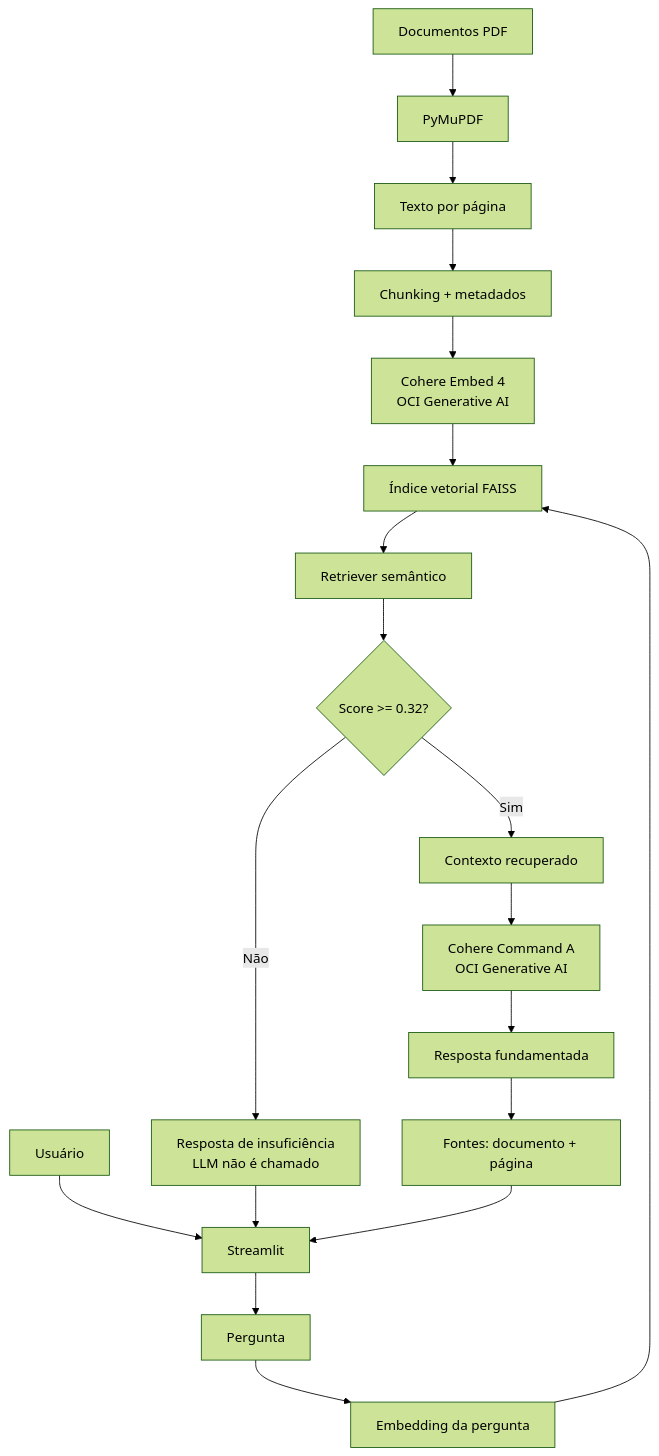
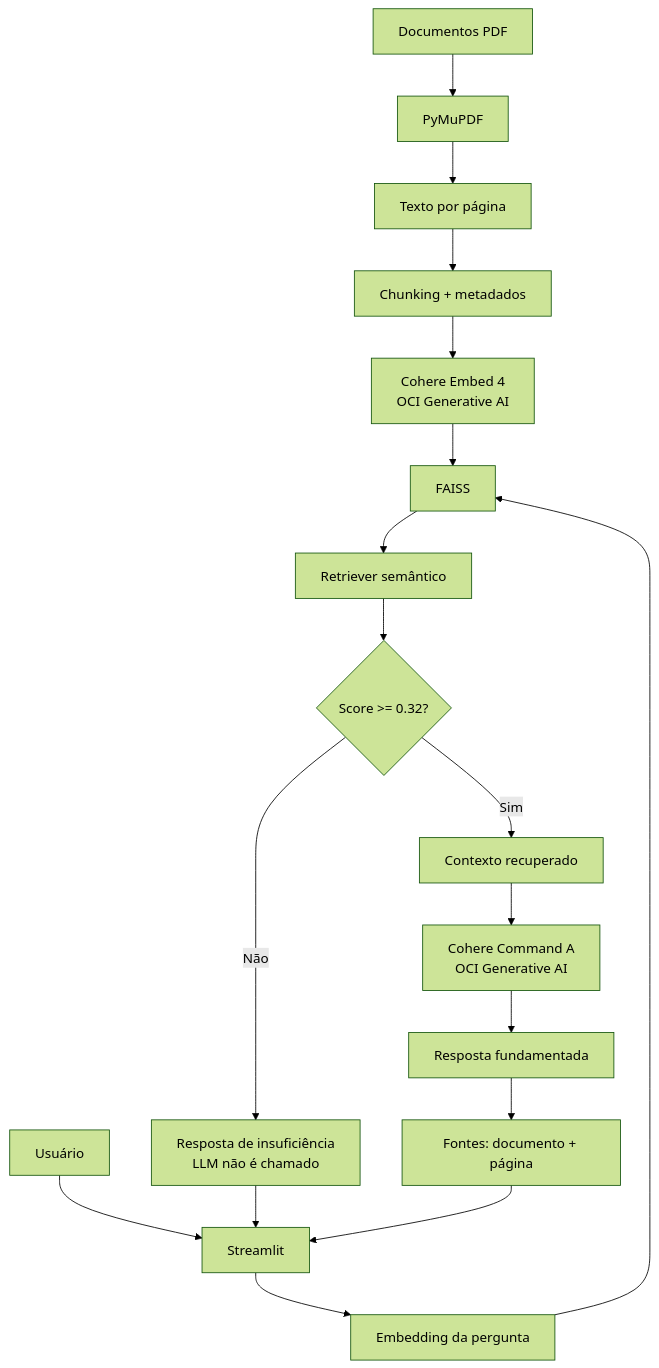
One commit to ocesarmarques/Challenge-Alura-Agente changed the diagram in README.md. Above: the diagram before and after it, drawn with Mermaid (forest theme). The commit also changed other lines of this file, not shown here.

````diff
--- a/README.md
+++ b/README.md
@@ -51,23 +34,22 @@
 ```mermaid
 flowchart TD
     A[Documentos PDF] --> B[PyMuPDF]
     B --> C[Texto por página]
     C --> D[Chunking + metadados]
     D --> E[Cohere Embed 4<br/>OCI Generative AI]
-    E --> F[Índice vetorial FAISS]
+    E --> F[FAISS]
 
     U[Usuário] --> S[Streamlit]
-    S --> Q[Pergunta]
-    Q --> QE[Embedding da pergunta]
-    QE --> F
+    S --> Q[Embedding da pergunta]
+    Q --> F
     F --> R[Retriever semântico]
     R --> T{Score >= 0.32?}
 
     T -- Não --> X[Resposta de insuficiência<br/>LLM não é chamado]
     T -- Sim --> CTX[Contexto recuperado]
     CTX --> LLM[Cohere Command A<br/>OCI Generative AI]
     LLM --> RESP[Resposta fundamentada]
     RESP --> SRC[Fontes: documento + página]
     X --> S
     SRC --> S
 ```
````
